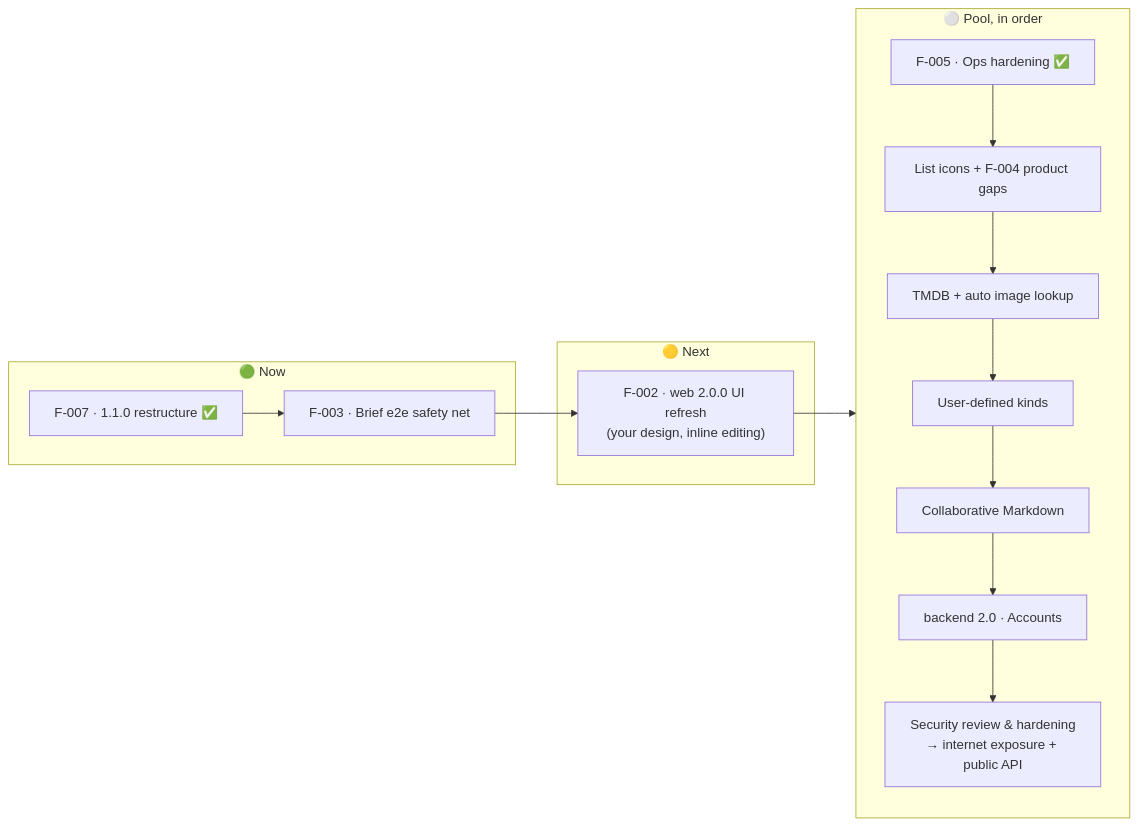
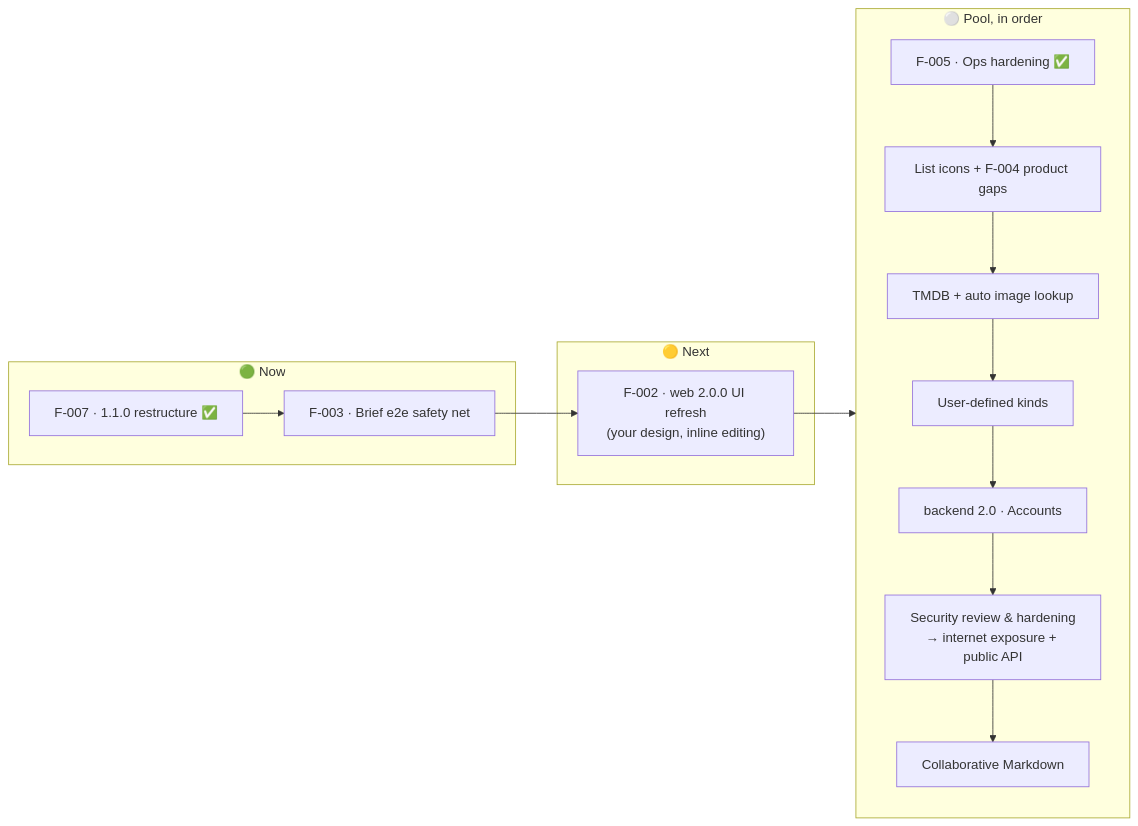
One commit to 0xfederama/collections-app changed the second of 2 diagrams in ROADMAP.md. Above: the diagram before and after it, drawn with Mermaid. The commit also changed other lines of this file, not shown here.

````diff
--- a/ROADMAP.md
+++ b/ROADMAP.md
@@ -81,21 +81,21 @@
 ```mermaid
 flowchart LR
     subgraph NOW["🟢 Now"]
         F007["F-007 · 1.1.0 restructure ✅"]
         F003["F-003 · Brief e2e safety net"]
     end
     subgraph NEXT["🟡 Next"]
         F002["F-002 · web 2.0.0 UI refresh<br/>(your design, inline editing)"]
     end
     subgraph POOL["⚪ Pool, in order"]
         F005["F-005 · Ops hardening ✅"]
         ICO["List icons + F-004 product gaps"]
         P2["TMDB + auto image lookup"]
         UDK["User-defined kinds"]
         COL["Collaborative Markdown"]
         P3["backend 2.0 · Accounts"]
         SEC["Security review & hardening<br/>→ internet exposure + public API"]
-        F005 --> ICO --> P2 --> UDK --> COL --> P3 --> SEC
+        F005 --> ICO --> P2 --> UDK --> P3 --> SEC --> COL
     end
     F007 --> F003 --> F002 --> POOL
 ```
````
